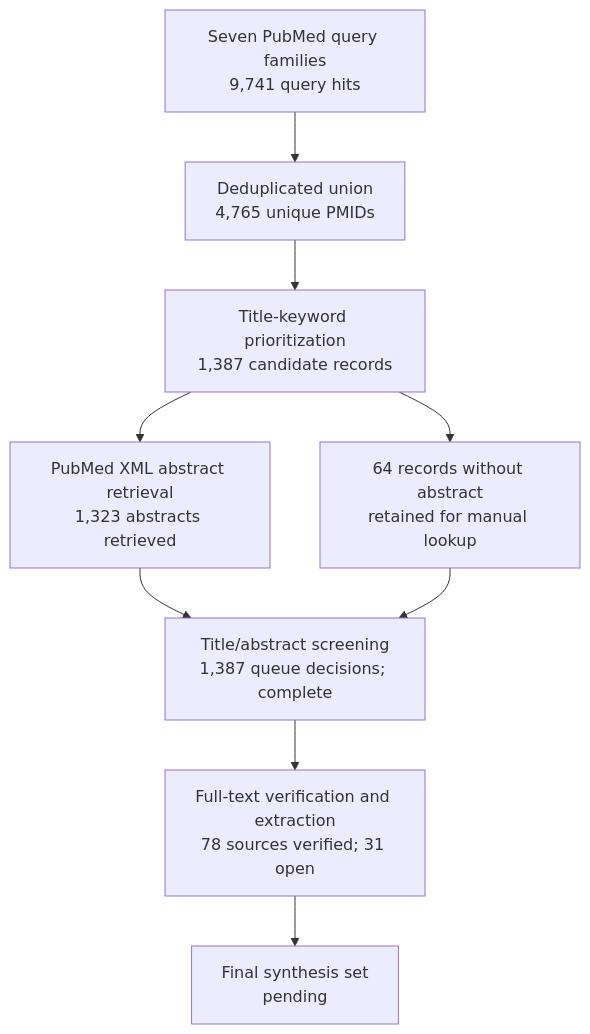
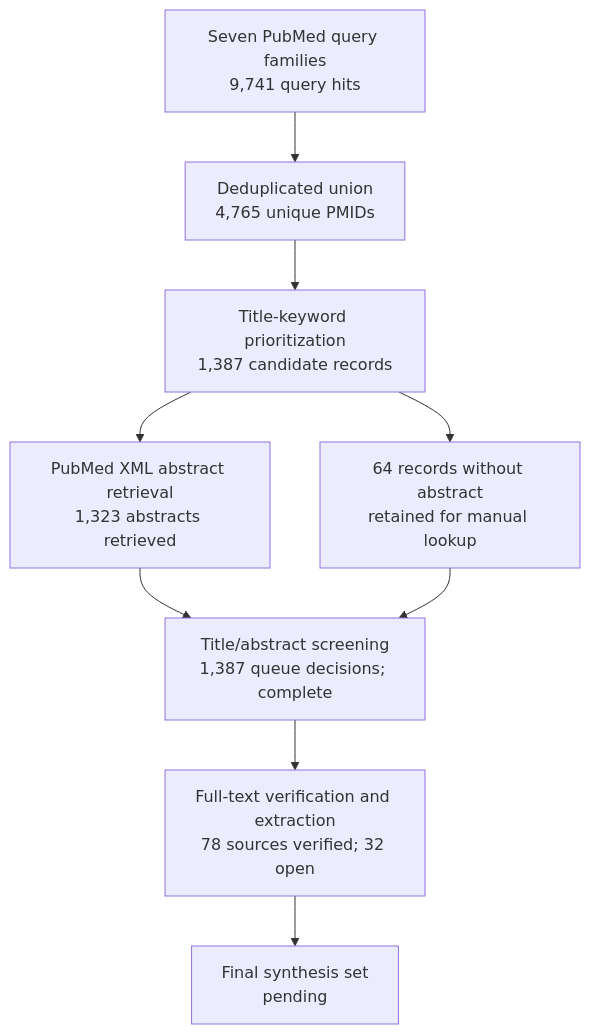
One commit to dcmcshan/artemisia changed the diagram in manuscript/review-flow.md. Above: the diagram before and after it, drawn with Mermaid. The commit also changed other lines of this file and 15 other files, not shown here.

````diff
--- a/manuscript/review-flow.md
+++ b/manuscript/review-flow.md
@@ -5,11 +5,11 @@
 ```mermaid
 flowchart TB
   Q[Seven PubMed query families<br/>9,741 query hits] --> U[Deduplicated union<br/>4,765 unique PMIDs]
   U --> T[Title-keyword prioritization<br/>1,387 candidate records]
   T --> A[PubMed XML abstract retrieval<br/>1,323 abstracts retrieved]
   T --> N[64 records without abstract<br/>retained for manual lookup]
   A --> M[Title/abstract screening<br/>1,387 queue decisions; complete]
   N --> M
-  M --> F[Full-text verification and extraction<br/>78 sources verified; 31 open]
+  M --> F[Full-text verification and extraction<br/>78 sources verified; 32 open]
   F --> S[Final synthesis set<br/>pending]
 ```
````
